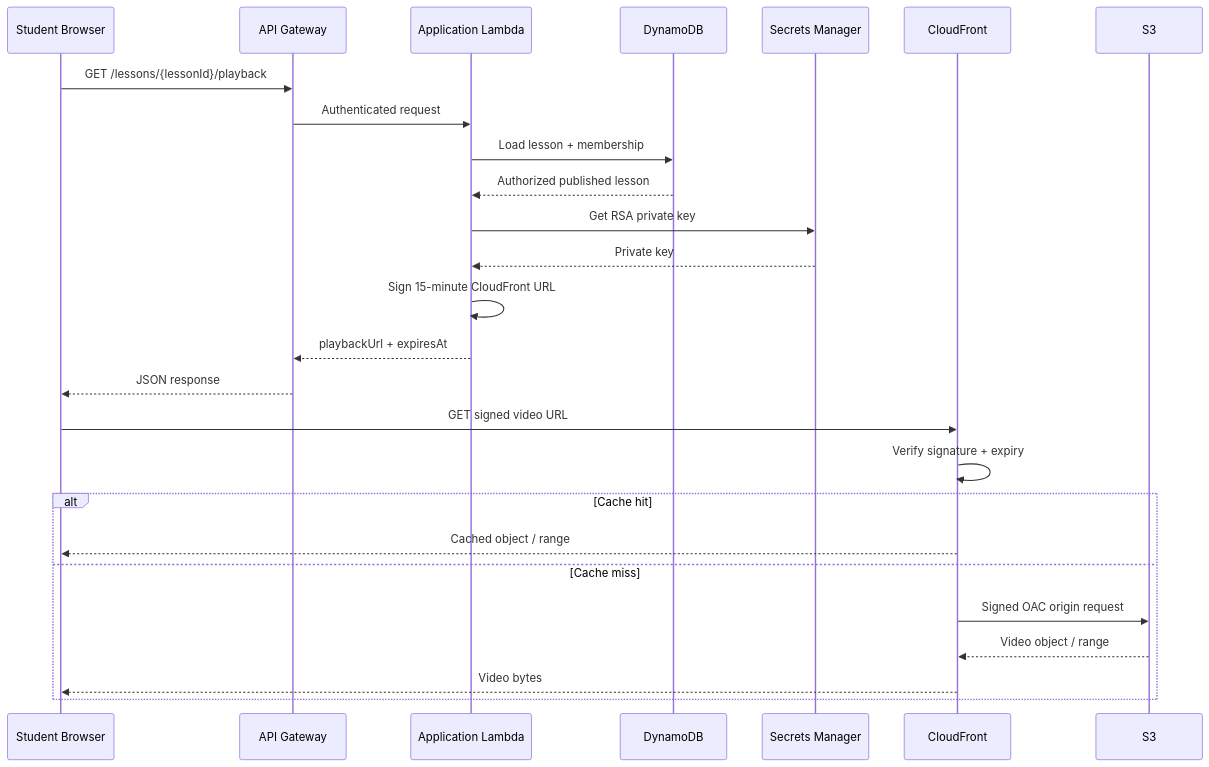
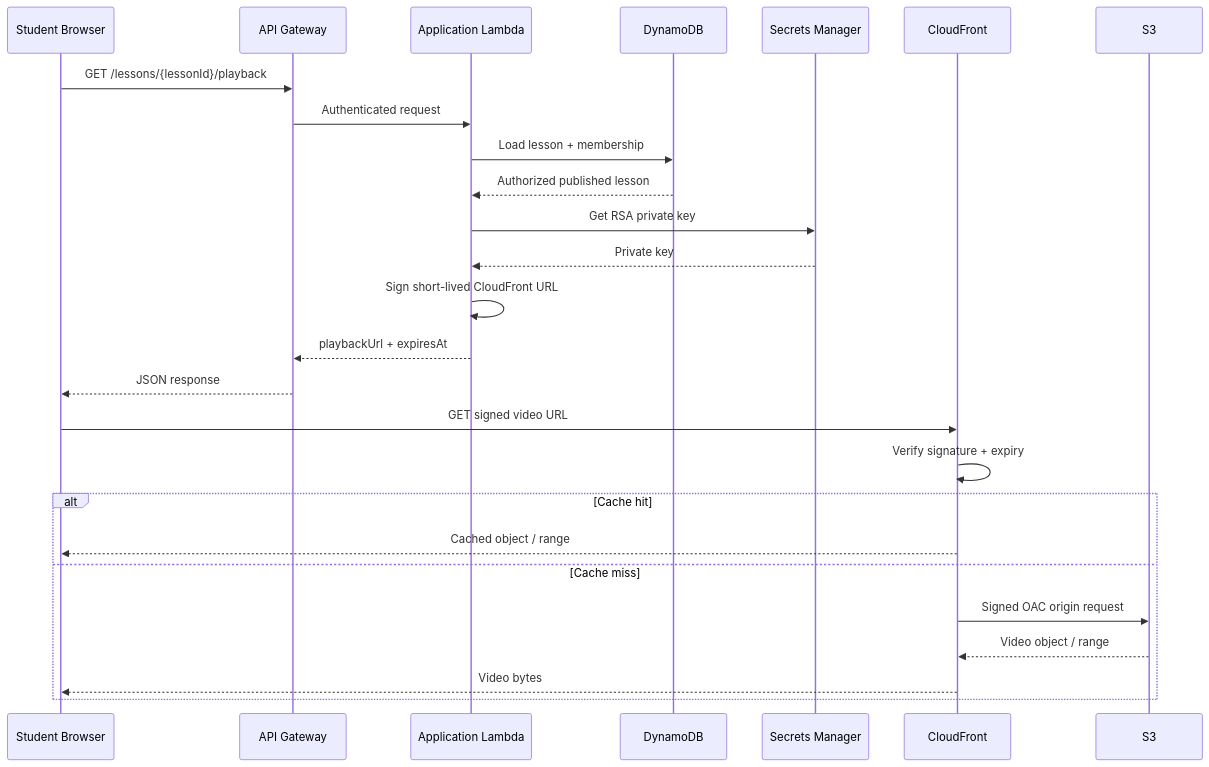
One commit to InfX2243/echoclass changed the third of 4 diagrams in docs/22-cloudfront-media-playback-implementation.md. Above: the diagram before and after it, drawn with Mermaid. The commit also changed other lines of this file, not shown here.

Commit message:
docs: complete CloudFront playback implementation documentation

````diff
--- a/docs/22-cloudfront-media-playback-implementation.md
+++ b/docs/22-cloudfront-media-playback-implementation.md
@@ -40,29 +40,29 @@
 ```mermaid
 sequenceDiagram
   participant Student as Student Browser
   participant API as API Gateway
   participant Lambda as Application Lambda
   participant DB as DynamoDB
   participant Secret as Secrets Manager
   participant CF as CloudFront
   participant S3 as S3
 
   Student->>API: GET /lessons/{lessonId}/playback
   API->>Lambda: Authenticated request
   Lambda->>DB: Load lesson + membership
   DB-->>Lambda: Authorized published lesson
   Lambda->>Secret: Get RSA private key
   Secret-->>Lambda: Private key
-  Lambda->>Lambda: Sign 15-minute CloudFront URL
+  Lambda->>Lambda: Sign short-lived CloudFront URL
   Lambda-->>API: playbackUrl + expiresAt
   API-->>Student: JSON response
   Student->>CF: GET signed video URL
   CF->>CF: Verify signature + expiry
   alt Cache hit
     CF-->>Student: Cached object / range
   else Cache miss
     CF->>S3: Signed OAC origin request
     S3-->>CF: Video object / range
     CF-->>Student: Video bytes
   end
 ```
````
